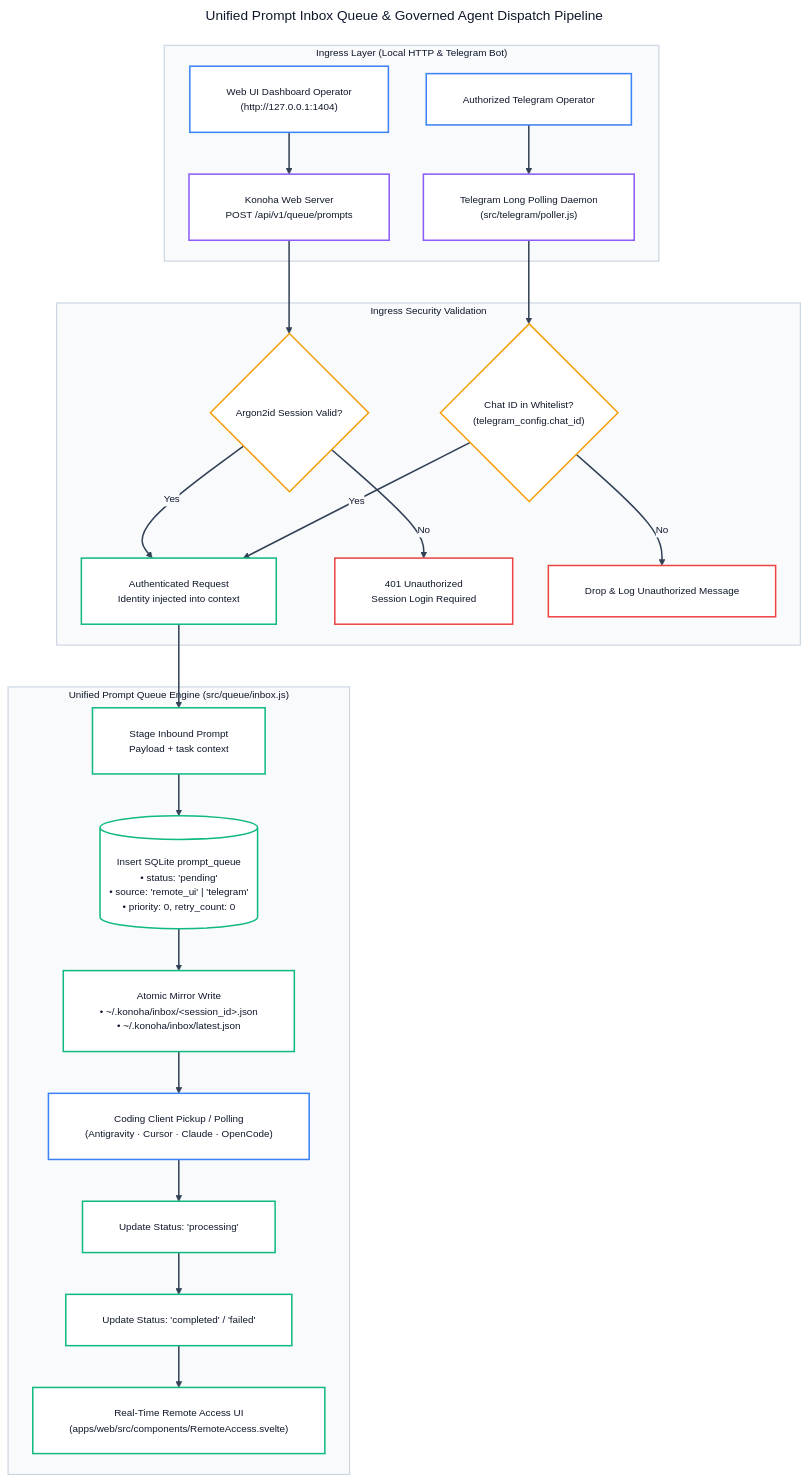
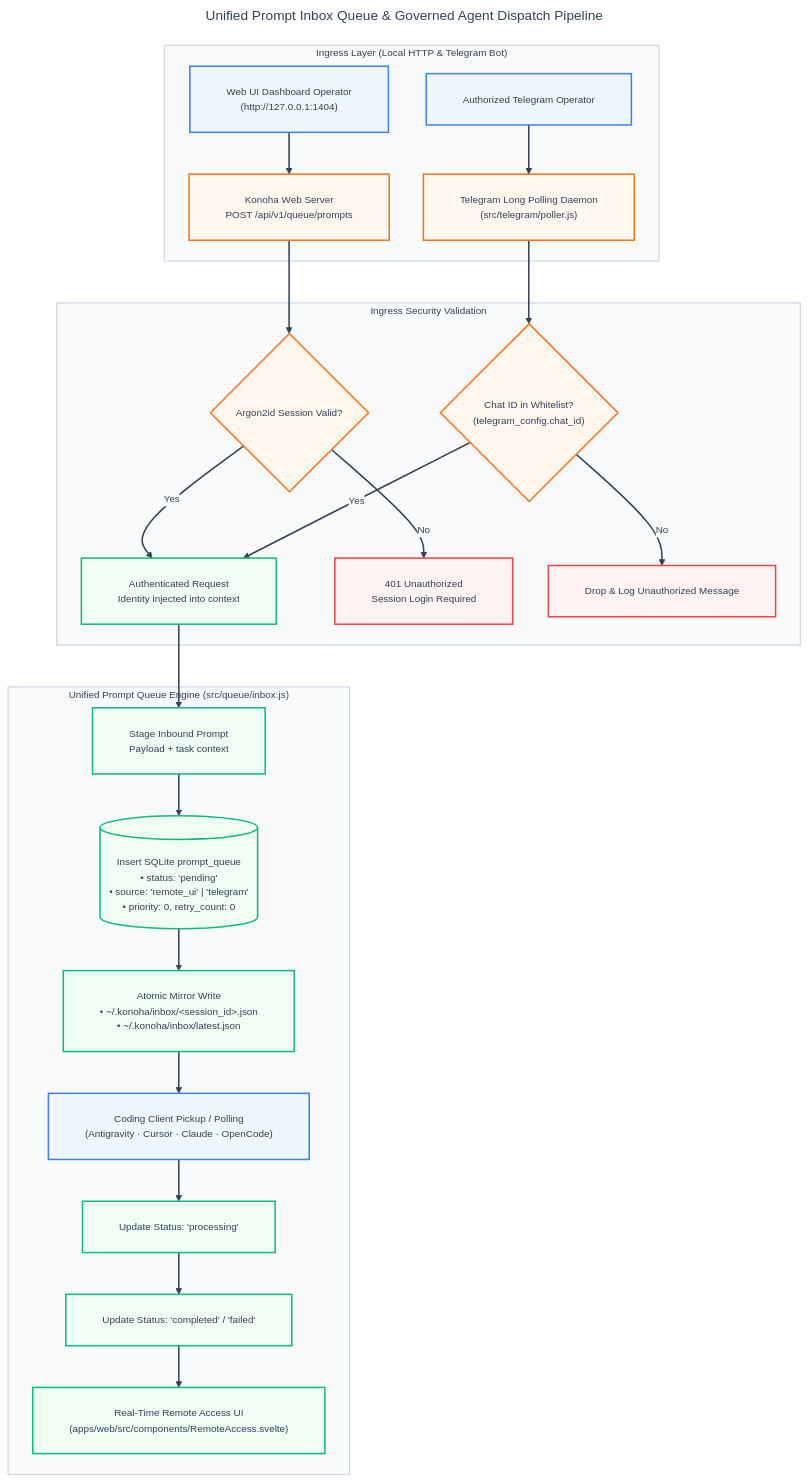
Before and after one commit to andycungkrinx91/konoha: diagram 13 of 19 in docs/ALL-WORKFLOW-DIAGRAMS.md, drawn with Mermaid. The commit also changed other lines of this file and 136 other files, not shown here.

````diff
--- a/docs/ALL-WORKFLOW-DIAGRAMS.md
+++ b/docs/ALL-WORKFLOW-DIAGRAMS.md
@@ -831,66 +831,66 @@
 ```mermaid
 ---
 title: Unified Prompt Inbox Queue & Governed Agent Dispatch Pipeline
 config:
   theme: base
   themeVariables:
     darkMode: false
     background: '#ffffff'
-    mainBkg: '#ffffff'
-    primaryColor: '#ffffff'
-    primaryTextColor: '#0f172a'
-    primaryBorderColor: '#8b5cf6'
+    mainBkg: '#eff6ff'
+    primaryColor: '#eff6ff'
+    primaryTextColor: '#334155'
+    primaryBorderColor: '#3b82f6'
     lineColor: '#334155'
     arrowheadColor: '#334155'
     secondaryColor: '#f8fafc'
-    tertiaryColor: '#ffffff'
+    tertiaryColor: '#f0fdf4'
     fontFamily: 'Inter, system-ui, -apple-system, sans-serif'
     fontSize: '13px'
   flowchart:
     nodeSpacing: 45
     rankSpacing: 55
     padding: 24
     wrappingWidth: 380
 ---
 flowchart TD
     subgraph IngressLayer ["Ingress Layer (Local HTTP & Telegram Bot)"]
         WebClient["Web UI Dashboard Operator<br/>(http://127.0.0.1:1404)"] --> WebServer["Konoha Web Server<br/>POST /api/v1/queue/prompts"]
         TgUser["Authorized Telegram Operator"] --> TgBot["Telegram Long Polling Daemon<br/>(src/telegram/poller.js)"]
     end
 
     subgraph SecurityGate ["Ingress Security Validation"]
         WebServer --> WebAuthCheck{"Argon2id Session Valid?"}
         WebAuthCheck -- "Yes" --> Authenticated["Authenticated Request<br/>Identity injected into context"]
         WebAuthCheck -- "No" --> DenyAccess["401 Unauthorized<br/>Session Login Required"]
         TgBot --> TgAuthCheck{"Chat ID in Whitelist?<br/>(telegram_config.chat_id)"}
         TgAuthCheck -- "Yes" --> Authenticated
         TgAuthCheck -- "No" --> DropTg["Drop & Log Unauthorized Message"]
     end
 
     subgraph PromptQueueLifecycle ["Unified Prompt Queue Engine (src/queue/inbox.js)"]
         Authenticated --> SubmitPrompt["Stage Inbound Prompt<br/>Payload + task context"]
         SubmitPrompt --> SQLiteInsert[("Insert SQLite prompt_queue<br/>• status: 'pending'<br/>• source: 'remote_ui' | 'telegram'<br/>• priority: 0, retry_count: 0")]
         SQLiteInsert --> FileMirror["Atomic Mirror Write<br/>• ~/.konoha/inbox/&lt;session_id&gt;.json<br/>• ~/.konoha/inbox/latest.json"]
         FileMirror --> ClientPickup["Coding Client Pickup / Polling<br/>(Antigravity · Cursor · Claude · OpenCode)"]
         ClientPickup --> MarkProcessing["Update Status: 'processing'"]
         MarkProcessing --> MarkCompleted["Update Status: 'completed' / 'failed'"]
         MarkCompleted --> RemoteDashboard["Real-Time Remote Access UI<br/>(apps/web/src/components/RemoteAccess.svelte)"]
     end
 
     linkStyle default stroke:#334155,stroke-width:2px;
-    style IngressLayer fill:#f8fafc,stroke:#cbd5e1,stroke-width:1.5px,color:#0f172a;
-    style SecurityGate fill:#f8fafc,stroke:#cbd5e1,stroke-width:1.5px,color:#0f172a;
-    style PromptQueueLifecycle fill:#f8fafc,stroke:#cbd5e1,stroke-width:1.5px,color:#0f172a;
+    style IngressLayer fill:#f8fafc,stroke:#cbd5e1,stroke-width:1.5px,color:#334155;
+    style SecurityGate fill:#f8fafc,stroke:#cbd5e1,stroke-width:1.5px,color:#334155;
+    style PromptQueueLifecycle fill:#f8fafc,stroke:#cbd5e1,stroke-width:1.5px,color:#334155;
 
-    classDef clientNode fill:#ffffff,stroke:#3b82f6,color:#0f172a,stroke-width:2px;
-    classDef edgeNode fill:#ffffff,stroke:#8b5cf6,color:#0f172a,stroke-width:2px;
-    classDef authNode fill:#ffffff,stroke:#f59e0b,color:#0f172a,stroke-width:2px;
-    classDef storageNode fill:#ffffff,stroke:#10b981,color:#0f172a,stroke-width:2px;
-    classDef denyNode fill:#ffffff,stroke:#ef4444,color:#0f172a,stroke-width:2px;
+    classDef clientNode fill:#eff6ff,stroke:#3b82f6,color:#334155,stroke-width:2px;
+    classDef edgeNode fill:#fff7ed,stroke:#f97316,color:#334155,stroke-width:2px;
+    classDef authNode fill:#fff7ed,stroke:#f97316,color:#334155,stroke-width:2px;
+    classDef storageNode fill:#f0fdf4,stroke:#10b981,color:#334155,stroke-width:2px;
+    classDef denyNode fill:#fef2f2,stroke:#ef4444,color:#334155,stroke-width:2px;
 
     class WebClient,TgUser,ClientPickup clientNode;
     class WebServer,TgBot edgeNode;
     class WebAuthCheck,TgAuthCheck authNode;
     class Authenticated,SubmitPrompt,SQLiteInsert,FileMirror,MarkProcessing,MarkCompleted,RemoteDashboard storageNode;
     class DenyAccess,DropTg denyNode;
 ```
````
